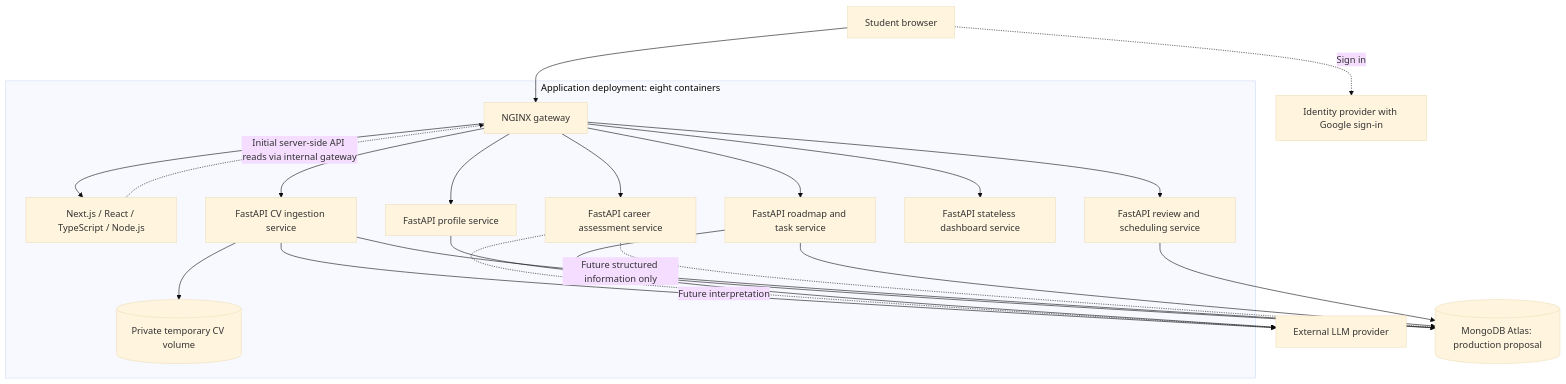
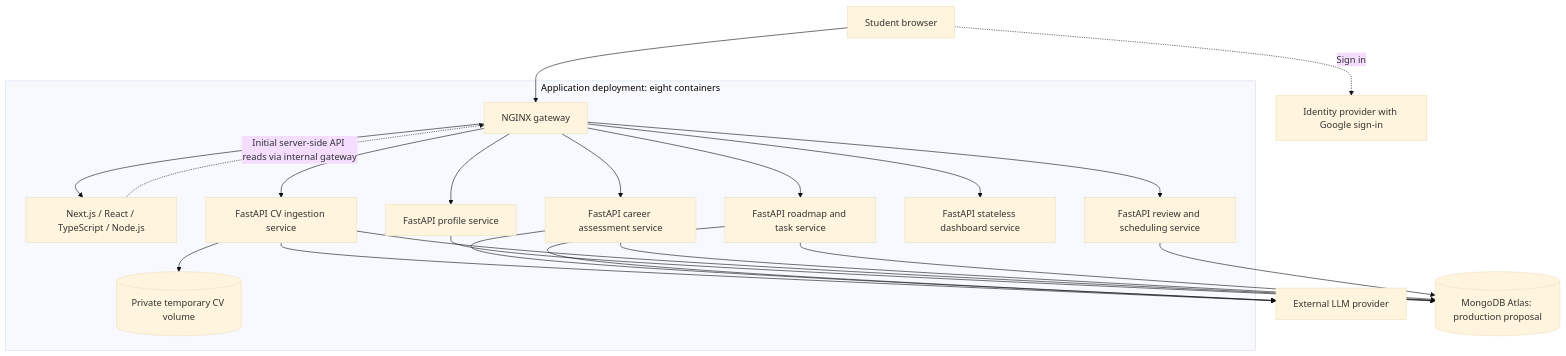
The diagram in docs/architecture/README.md (bryan034/coachify), drawn with Mermaid (base theme) before and after one commit. The commit also changed other lines of this file and 53 other files, not shown here.

````diff
--- a/docs/architecture/README.md
+++ b/docs/architecture/README.md
@@ -42,39 +42,39 @@
 ```mermaid
 flowchart TB
     Student[Student browser]
     Auth[Identity provider with Google sign-in]
     LLM[External LLM provider]
     Atlas[(MongoDB Atlas: production proposal)]
 
     subgraph Deployment[Application deployment: eight containers]
         Gateway[NGINX gateway]
         Frontend[Next.js / React / TypeScript / Node.js]
         Profile[FastAPI profile service]
         CV[FastAPI CV ingestion service]
         Career[FastAPI career assessment service]
         Roadmap[FastAPI roadmap and task service]
         Dashboard[FastAPI stateless dashboard service]
         Review[FastAPI review and scheduling service]
         Uploads[(Private temporary CV volume)]
         Gateway --> Frontend
         Gateway --> Profile
         Gateway --> CV
         Gateway --> Career
         Gateway --> Roadmap
         Gateway --> Dashboard
         Gateway --> Review
         CV --> Uploads
     end
 
     Student --> Gateway
     Student -. Sign in .-> Auth
     Frontend -. Initial server-side API reads via internal gateway .-> Gateway
     Profile --> Atlas
     CV --> Atlas
-    Career -. Future structured information only .-> Atlas
+    Career --> Atlas
     Roadmap --> Atlas
     Review --> Atlas
     CV --> LLM
-    Career -. Future interpretation .-> LLM
+    Career --> LLM
     Roadmap --> LLM
 ```
````
